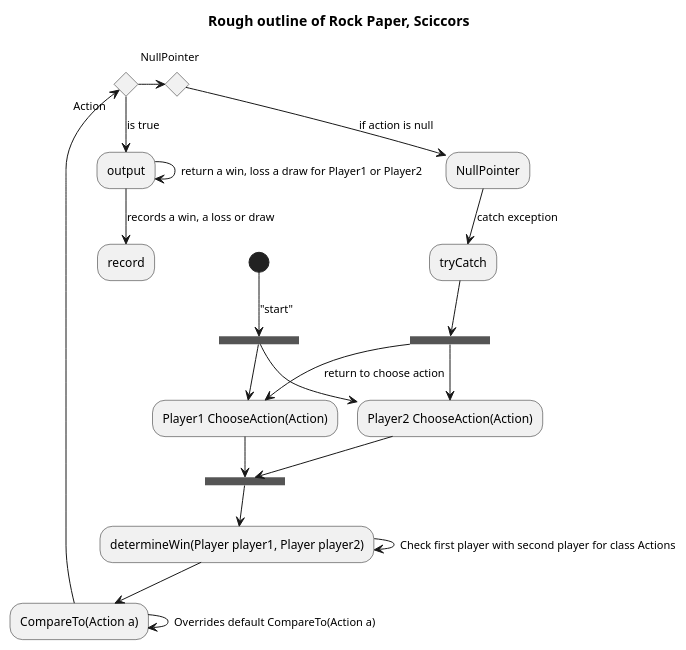
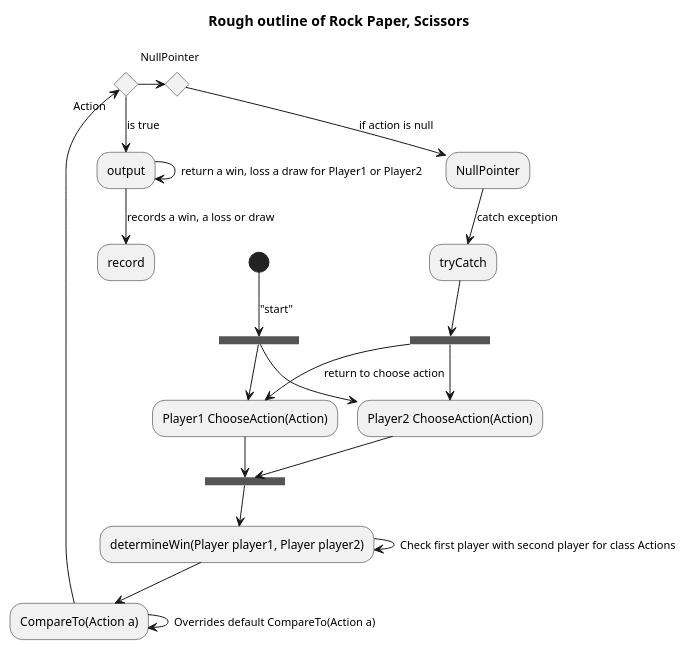
One commit to Alexandernevsk/PlayersGuide changed the first of 2 diagrams in src/Week1/Day1/Day28/gameFlow.plantuml. Above: the diagram before and after it, drawn with PlantUML. The commit also changed 15 other files, not shown here.

Commit message:
Steen Papier Schaar gedaan. Alleen nog even de uml updaten die is niet helemaal meer correct.

```diff
--- a/src/Week1/Day1/Day28/gameFlow.plantuml
+++ b/src/Week1/Day1/Day28/gameFlow.plantuml
@@ -2,26 +2,26 @@
 @startuml
-title Rough outline of Rock Paper, Sciccors
+title Rough outline of Rock Paper, Scissors
 (*) --> ["start"] ===B1===
 --> "Player1 ChooseAction(Action)"
 --> ===B2===
 ===B1====--> "Player2 ChooseAction(Action)"
 --> ===B2===
 --> "determineWin(Player player1, Player player2)"
 -->[Check first player with second player for class Actions] "determineWin(Player player1, Player player2)"
 --> "CompareTo(Action a)"
 -->[Overrides default CompareTo(Action a)] "CompareTo(Action a)"
 if"Action" then
 -->[is true] "output"
 --> [return a win, loss a draw for Player1 or Player2] "output"
 --> [records a win, a loss or draw] "record"
 else
 -> if "NullPointer" then
 --> [if action is null] "NullPointer"
 --> [catch exception] tryCatch
 --> ===B3===
 -->[return to choose action] "Player1 ChooseAction(Action)"
 ===B3===  --> "Player2 ChooseAction(Action)"
 endif
 
 
 @enduml
```
